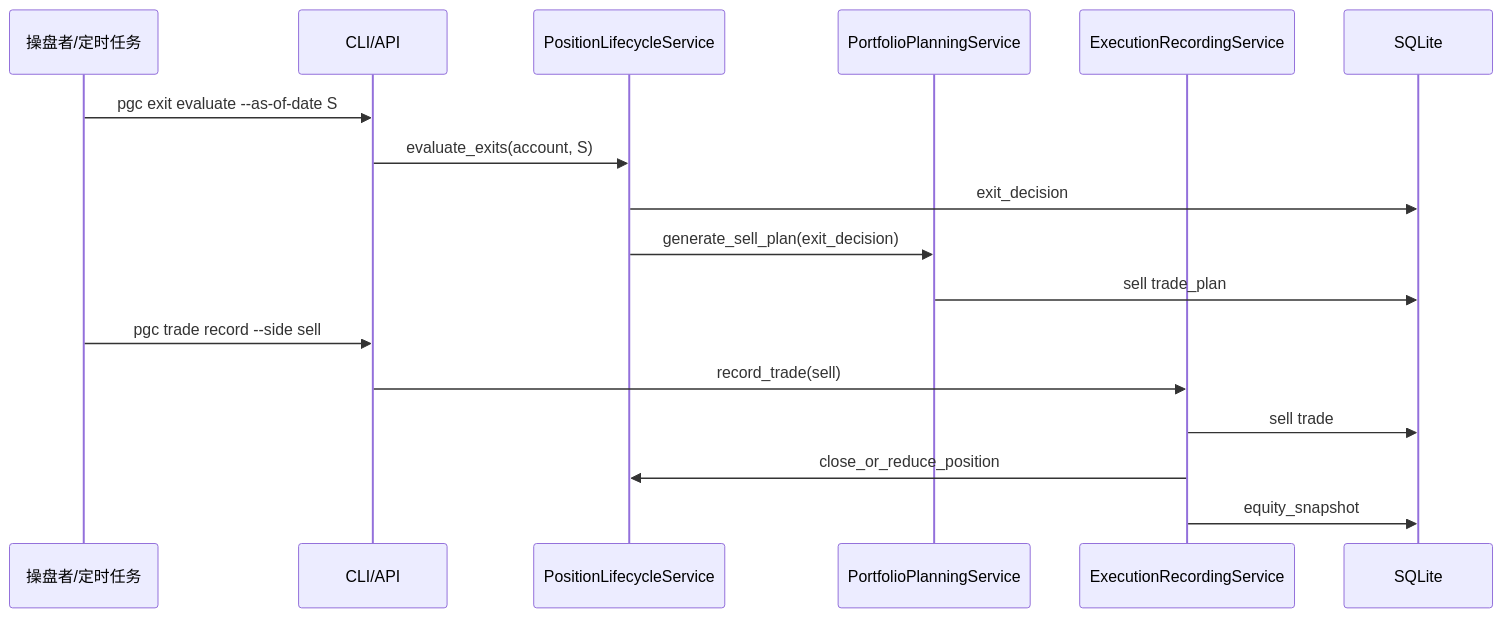
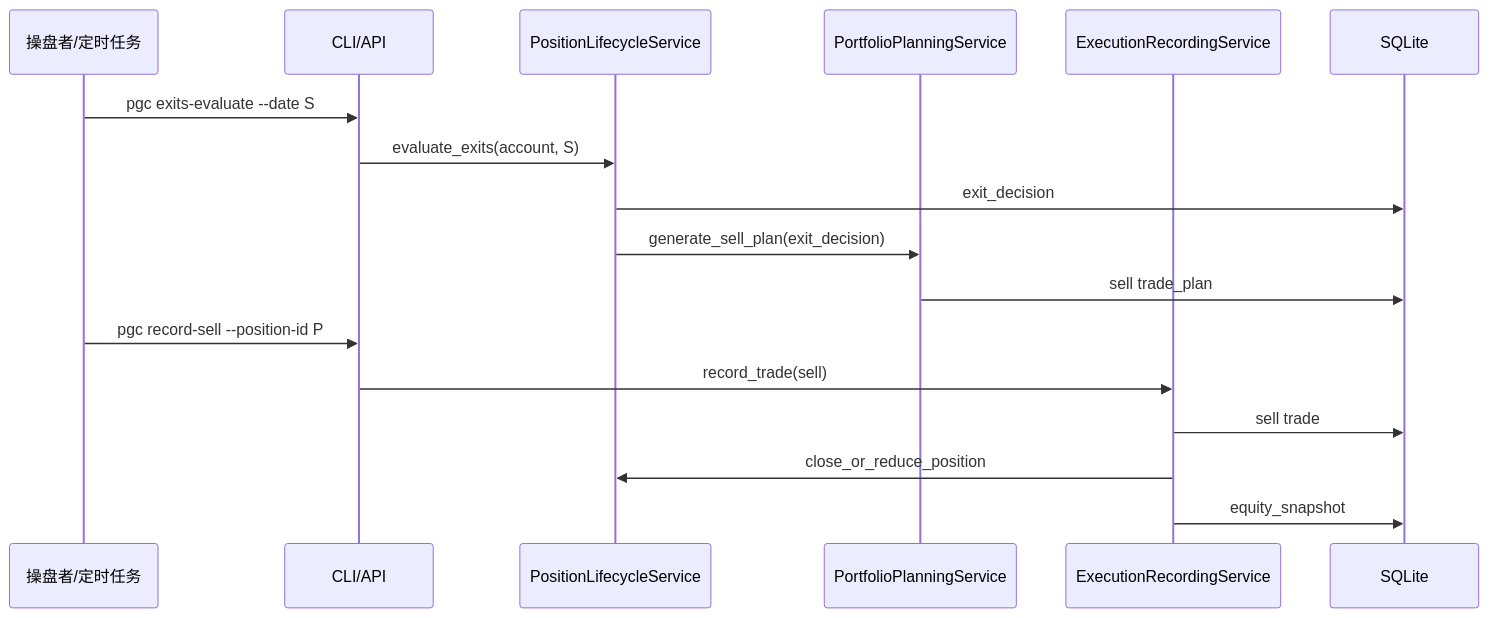
The fourth of 4 diagrams in reports/api_cli_contract_design.md (Azbboo/pgc-a), drawn with Mermaid before and after one commit. The commit also changed other lines of this file and 5 other files, not shown here.

````diff
--- a/reports/api_cli_contract_design.md
+++ b/reports/api_cli_contract_design.md
@@ -742,20 +743,20 @@
 ```mermaid
 sequenceDiagram
   participant Op as 操盘者/定时任务
   participant CLI as CLI/API
   participant Position as PositionLifecycleService
   participant Plan as PortfolioPlanningService
   participant Trade as ExecutionRecordingService
   participant Store as SQLite
 
-  Op->>CLI: pgc exit evaluate --as-of-date S
+  Op->>CLI: pgc exits-evaluate --date S
   CLI->>Position: evaluate_exits(account, S)
   Position->>Store: exit_decision
   Position->>Plan: generate_sell_plan(exit_decision)
   Plan->>Store: sell trade_plan
-  Op->>CLI: pgc trade record --side sell
+  Op->>CLI: pgc record-sell --position-id P
   CLI->>Trade: record_trade(sell)
   Trade->>Store: sell trade
   Trade->>Position: close_or_reduce_position
   Trade->>Store: equity_snapshot
 ```
````
